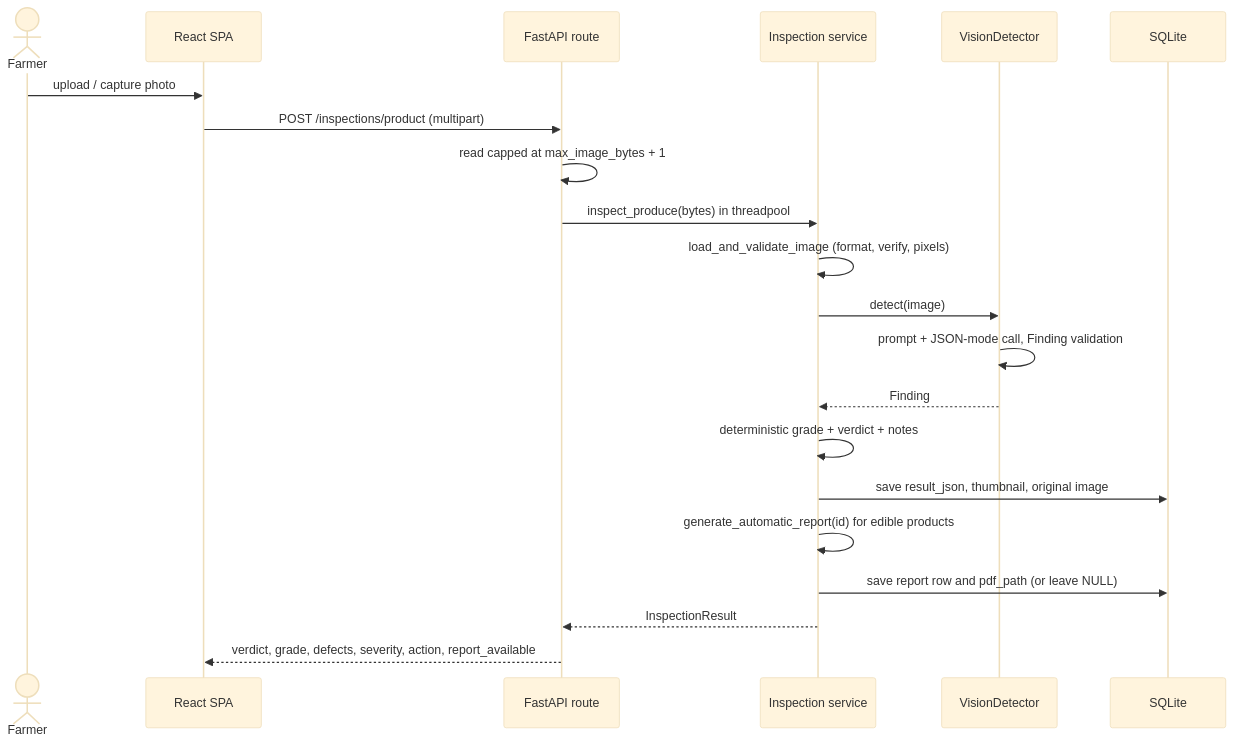
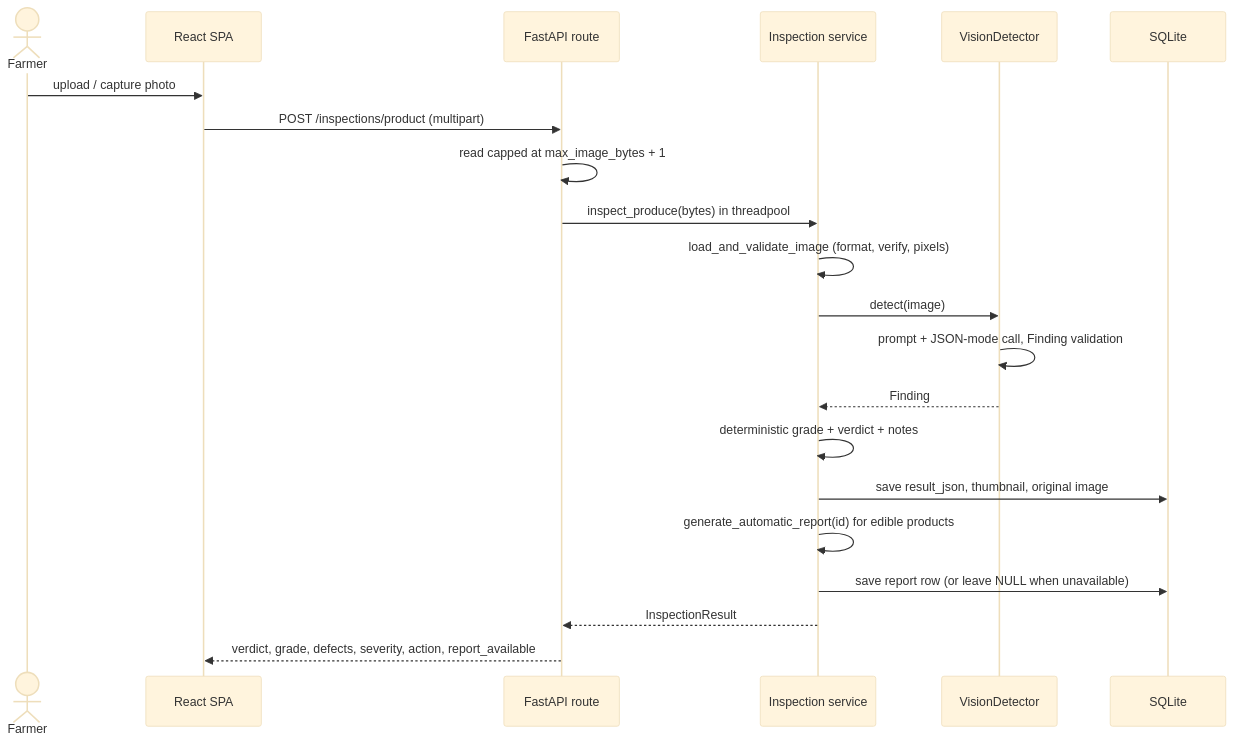
One commit to HamzaShafiq44/FieldMark changed the second of 4 diagrams in ARCHITECTURE.md. Above: the diagram before and after it, drawn with Mermaid (base theme). The commit also changed other lines of this file and 30 other files, not shown here.

````diff
--- a/ARCHITECTURE.md
+++ b/ARCHITECTURE.md
@@ -74,23 +76,23 @@
 ```mermaid
 sequenceDiagram
     actor F as Farmer
     participant UI as React SPA
     participant API as FastAPI route
     participant S as Inspection service
     participant D as VisionDetector
     participant DB as SQLite
     F->>UI: upload / capture photo
     UI->>API: POST /inspections/product (multipart)
     API->>API: read capped at max_image_bytes + 1
     API->>S: inspect_produce(bytes) in threadpool
     S->>S: load_and_validate_image (format, verify, pixels)
     S->>D: detect(image)
     D->>D: prompt + JSON-mode call, Finding validation
     D-->>S: Finding
     S->>S: deterministic grade + verdict + notes
     S->>DB: save result_json, thumbnail, original image
     S->>S: generate_automatic_report(id) for edible products
-    S->>DB: save report row and pdf_path (or leave NULL)
+    S->>DB: save report row (or leave NULL when unavailable)
     S-->>API: InspectionResult
     API-->>UI: verdict, grade, defects, severity, action, report_available
 ```
````
